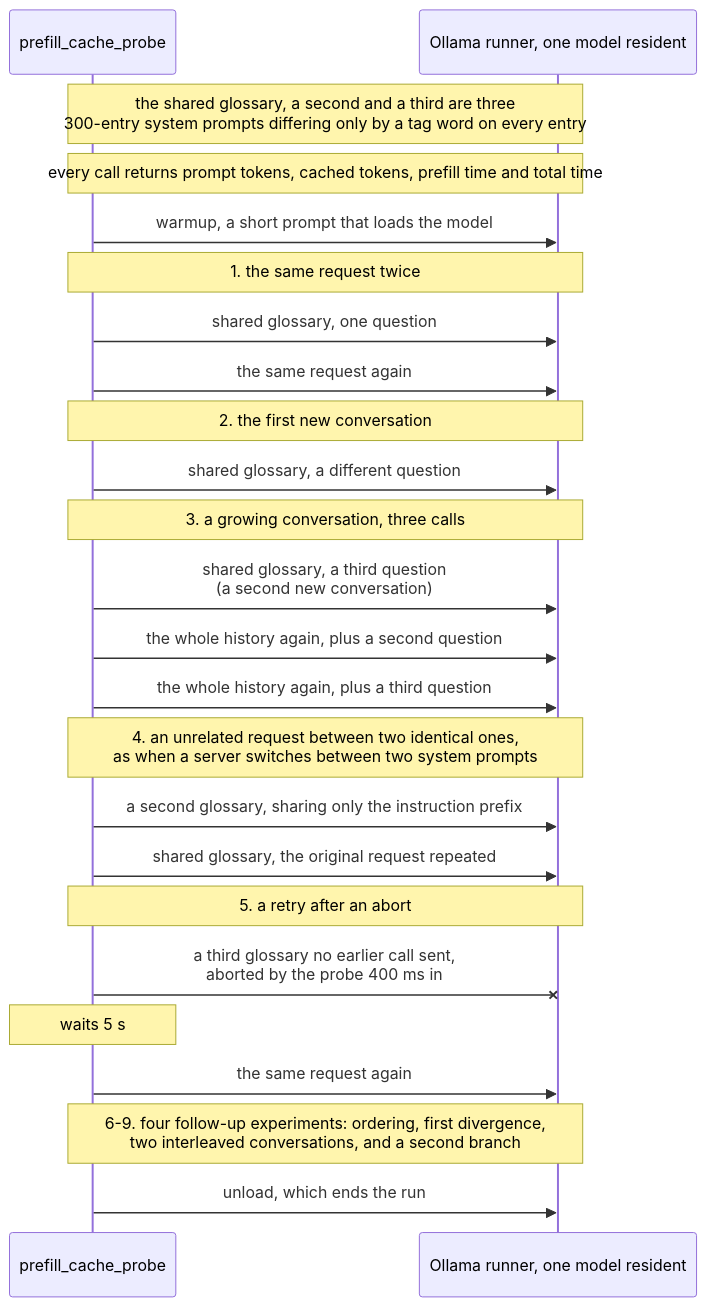
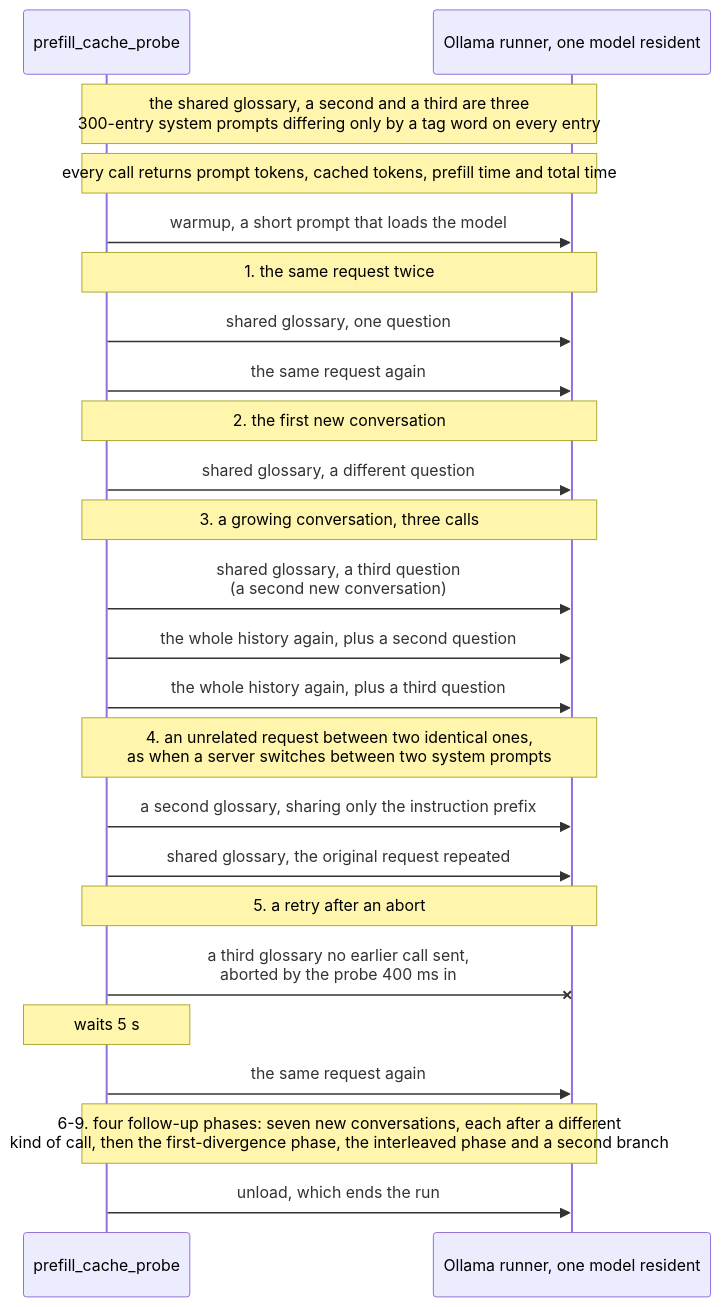
Before and after one commit to freemansoft/Flutter-AdaptiveCards: the second of 3 diagrams in adaptive_chat_server_dart/blog/article-8-prompt-cache-draft.md, drawn with Mermaid. The commit also changed other lines of this file and 3 other files, not shown here.

````diff
--- a/adaptive_chat_server_dart/blog/article-8-prompt-cache-draft.md
+++ b/adaptive_chat_server_dart/blog/article-8-prompt-cache-draft.md
@@ -66,34 +85,34 @@
 ```mermaid
 sequenceDiagram
   participant P as prefill_cache_probe
   participant O as Ollama runner, one model resident
 
   Note over P,O: the shared glossary, a second and a third are three<br/>300-entry system prompts differing only by a tag word on every entry
   Note over P,O: every call returns prompt tokens, cached tokens, prefill time and total time
 
   P->>O: warmup, a short prompt that loads the model
 
   Note over P,O: 1. the same request twice
   P->>O: shared glossary, one question
   P->>O: the same request again
 
   Note over P,O: 2. the first new conversation
   P->>O: shared glossary, a different question
 
   Note over P,O: 3. a growing conversation, three calls
   P->>O: shared glossary, a third question<br/>(a second new conversation)
   P->>O: the whole history again, plus a second question
   P->>O: the whole history again, plus a third question
 
   Note over P,O: 4. an unrelated request between two identical ones,<br/>as when a server switches between two system prompts
   P->>O: a second glossary, sharing only the instruction prefix
   P->>O: shared glossary, the original request repeated
 
   Note over P,O: 5. a retry after an abort
   P-xO: a third glossary no earlier call sent,<br/>aborted by the probe 400 ms in
   Note over P: waits 5 s
   P->>O: the same request again
 
-  Note over P,O: 6-9. four follow-up experiments: ordering, first divergence,<br/>two interleaved conversations, and a second branch
+  Note over P,O: 6-9. four follow-up phases: seven new conversations, each after a different<br/>kind of call, then the first-divergence phase, the interleaved phase and a second branch
   P->>O: unload, which ends the run
 ```
````
